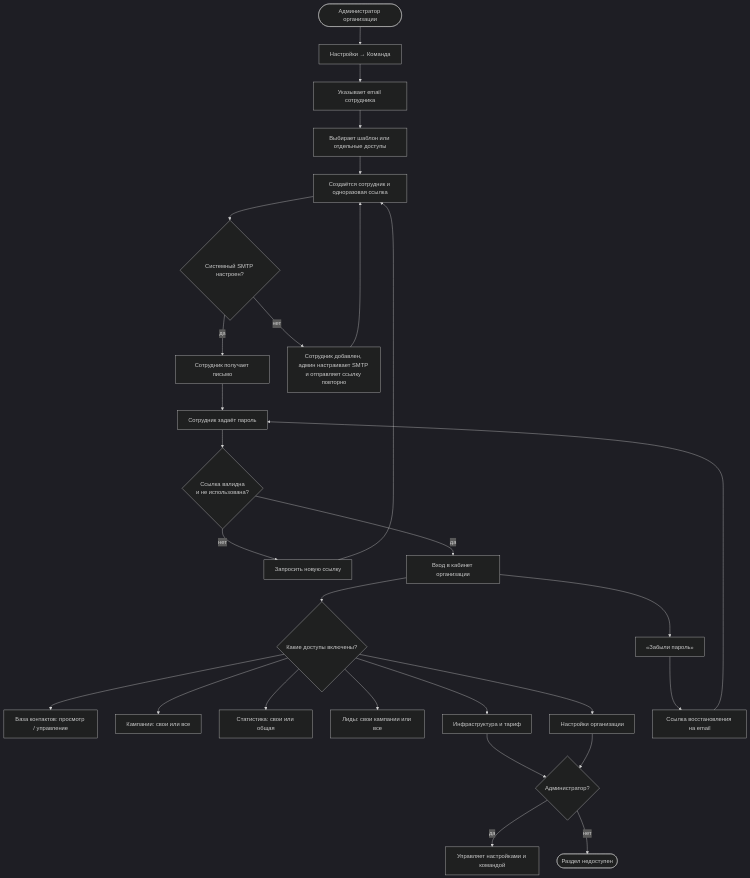
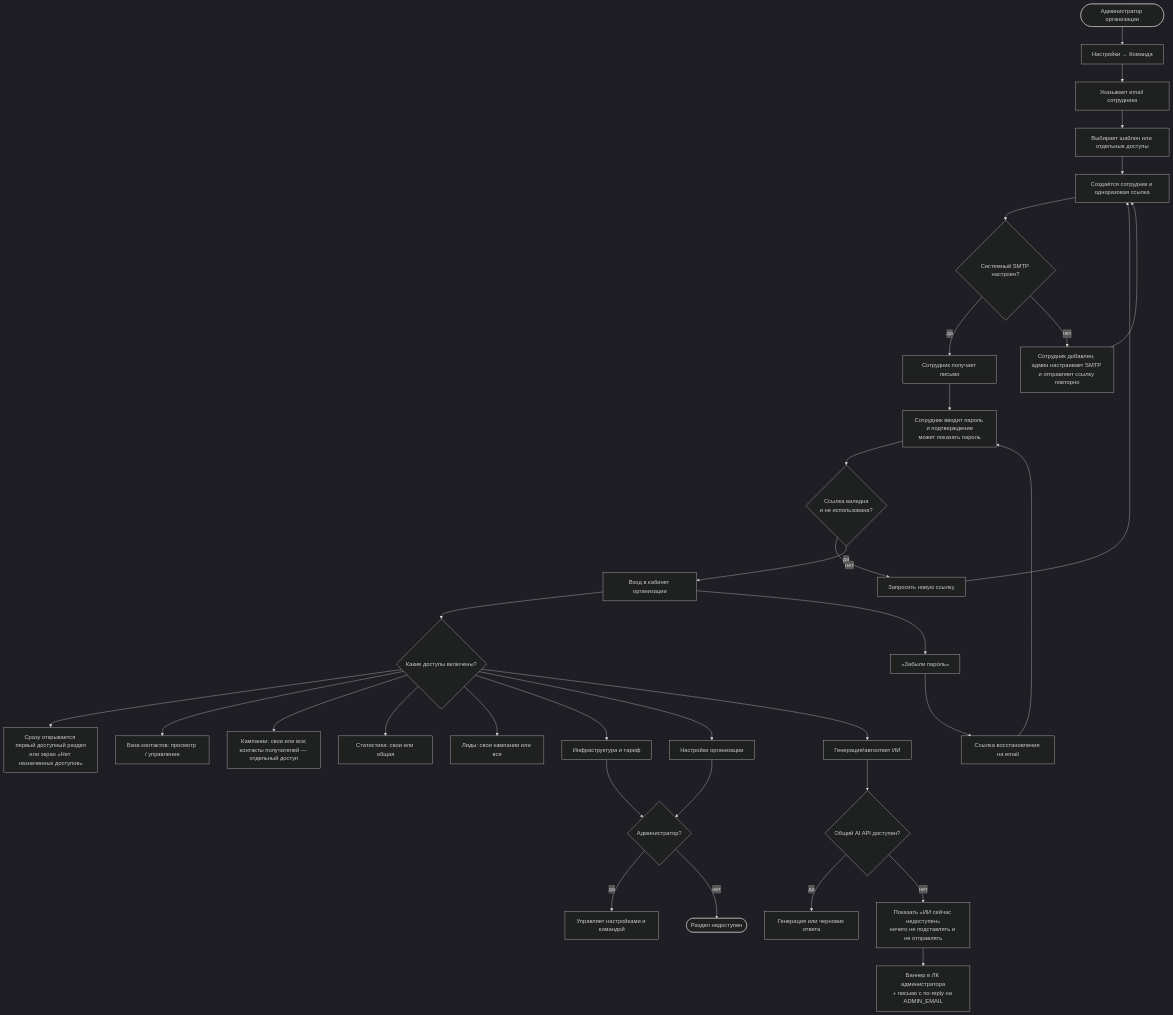
Before and after one commit to Egorizzz/smailee: the diagram in docs/diagrams/organization-access.md, drawn with Mermaid (dark theme). The commit also changed other lines of this file and 29 other files, not shown here.

````diff
--- a/docs/diagrams/organization-access.md
+++ b/docs/diagrams/organization-access.md
@@ -5,32 +5,39 @@
 ```mermaid
 flowchart TD
   Admin([Администратор организации]) --> Team[Настройки → Команда]
   Team --> Email[Указывает email сотрудника]
   Email --> Rights[Выбирает шаблон или отдельные доступы]
   Rights --> Invite[Создаётся сотрудник и одноразовая ссылка]
   Invite --> Mail{Системный SMTP настроен?}
   Mail -->|да| Received[Сотрудник получает письмо]
   Mail -->|нет| Saved[Сотрудник добавлен, админ настраивает SMTP и отправляет ссылку повторно]
   Saved --> Invite
-  Received --> SetPassword[Сотрудник задаёт пароль]
+  Received --> SetPassword[Сотрудник вводит пароль и подтверждение<br/>может показать пароль]
   SetPassword --> Token{Ссылка валидна<br/>и не использована?}
   Token -->|нет| NewLink[Запросить новую ссылку]
   NewLink --> Invite
   Token -->|да| Login[Вход в кабинет организации]
 
   Login --> Check{Какие доступы включены?}
+  Check --> Default[Сразу открывается первый доступный раздел<br/>или экран «Нет назначенных доступов»]
   Check --> Contacts[База контактов: просмотр / управление]
-  Check --> Campaigns[Кампании: свои или все]
+  Check --> Campaigns[Кампании: свои или все;<br/>контакты получателей — отдельный доступ]
   Check --> Stats[Статистика: свои или общая]
   Check --> Leads[Лиды: свои кампании или все]
   Check --> Infra[Инфраструктура и тариф]
   Check --> Settings[Настройки организации]
   Infra --> AdminOnly{Администратор?}
   Settings --> AdminOnly
   AdminOnly -->|да| Manage[Управляет настройками и командой]
   AdminOnly -->|нет| Denied([Раздел недоступен])
 
   Login --> Forgot[«Забыли пароль»]
   Forgot --> ResetEmail[Ссылка восстановления на email]
   ResetEmail --> SetPassword
+
+  Check --> AI[Генерация/автоответ ИИ]
+  AI --> API{Общий AI API доступен?}
+  API -->|да| Generated[Генерация или черновик ответа]
+  API -->|нет| AIError[Показать «ИИ сейчас недоступен»<br/>ничего не подставлять и не отправлять]
+  AIError --> Incident[Баннер в ЛК администратора<br/>+ письмо с no-reply на ADMIN_EMAIL]
 ```
````
